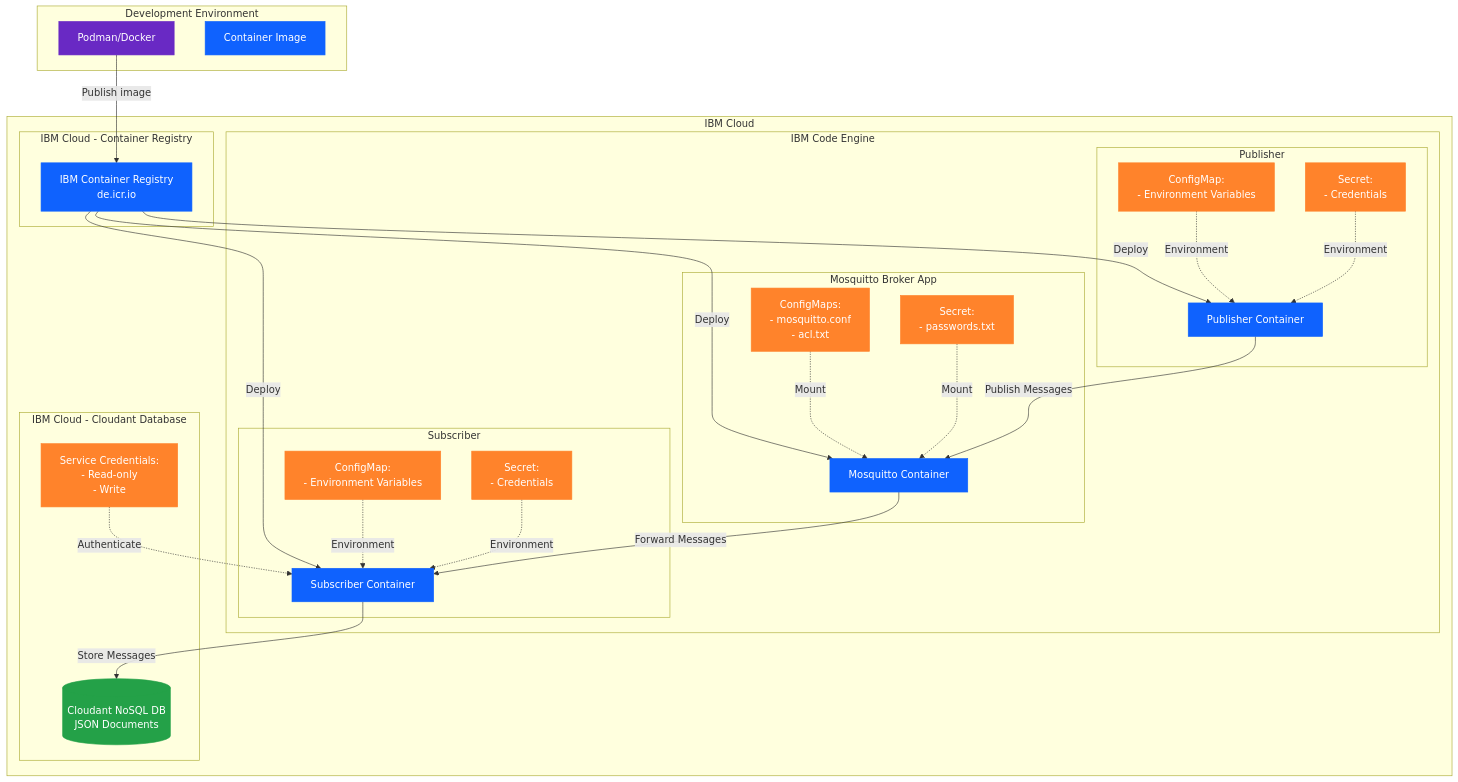
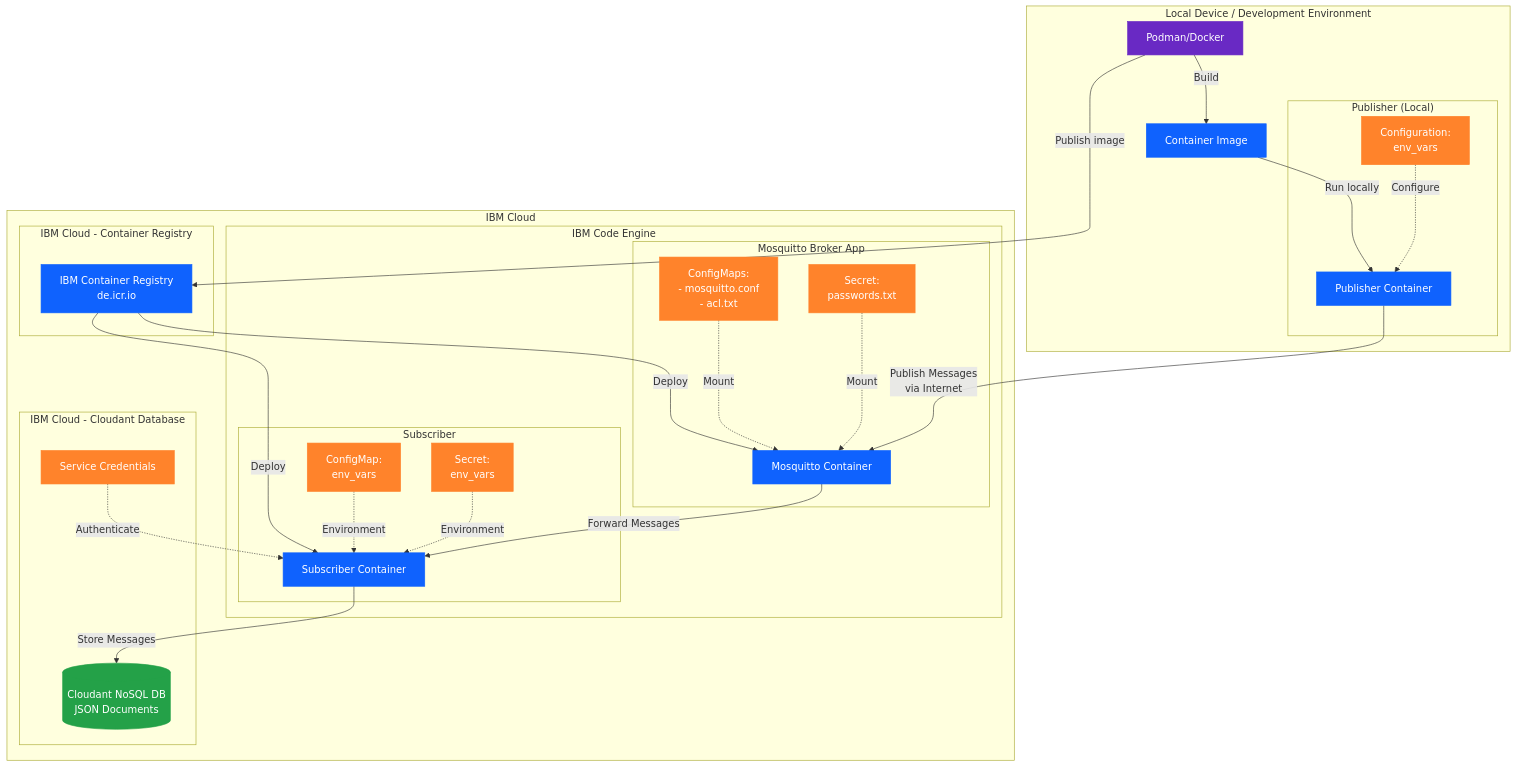
The diagram in files/architecture.mermaid (RapTho/cyberphysische-systeme), drawn with Mermaid before and after one commit. The commit also changed 1 other file, not shown here.

Commit message:
updated architecture

```diff
--- a/files/architecture.mermaid
+++ b/files/architecture.mermaid
@@ -1,76 +1,73 @@
 graph TB
-    subgraph "Development Environment"
-
+    subgraph "Local Device / Development Environment"
         Podman[Podman/Docker]
         Python[Container Image]
+        
+        subgraph "Publisher (Local)"
+            PublisherLocal[Publisher Container]
+            PublisherConfig[Configuration:<br/> env_vars ]
+        end
     end
 
     
 
     subgraph "IBM Cloud"
         subgraph "IBM Cloud - Container Registry"
             ICR[IBM Container Registry<br/>de.icr.io]
         end
         
         subgraph "IBM Code Engine"
             subgraph "Mosquitto Broker App"
                 MosquittoApp[Mosquitto Container]
                 MosquittoConfig[ConfigMaps:<br/>- mosquitto.conf<br/>- acl.txt]
-                MosquittoSecret[Secret:<br/>- passwords.txt]
+                MosquittoSecret[Secret:<br/>passwords.txt]
             end
 
             subgraph "Subscriber"
                 SubscriberJob[Subscriber Container]
-                SubscriberConfig[ConfigMap:<br/>- Environment Variables]
-                SubscriberSecret[Secret:<br/>- Credentials]
-            end
-
-            subgraph "Publisher"
-                PublisherJob[Publisher Container]
-                PublisherConfig[ConfigMap:<br/>- Environment Variables]
-                PublisherSecret[Secret:<br/>- Credentials]
+                SubscriberConfig[ConfigMap:<br/>env_vars]
+                SubscriberSecret[Secret:<br/>env_vars]
             end
         end
 
         subgraph "IBM Cloud - Cloudant Database"
             Cloudant[(Cloudant NoSQL DB<br/>JSON Documents)]
-            CloudantCreds[Service Credentials:<br/>- Read-only<br/>- Write]
+            CloudantCreds[Service Credentials]
         end
     end
 
     %% Build and Deploy Flow
-
+    Podman -->|Build| Python
+    Python -->|Run locally| PublisherLocal
     Podman -->|Publish image| ICR
     ICR -->|Deploy| MosquittoApp
     ICR -->|Deploy| SubscriberJob
-    ICR -->|Deploy| PublisherJob
 
     %% Configuration
     MosquittoConfig -.->|Mount| MosquittoApp
     MosquittoSecret -.->|Mount| MosquittoApp
     SubscriberConfig -.->|Environment| SubscriberJob
     SubscriberSecret -.->|Environment| SubscriberJob
-    PublisherConfig -.->|Environment| PublisherJob
-    PublisherSecret -.->|Environment| PublisherJob
+    PublisherConfig -.->|Configure| PublisherLocal
 
     %% MQTT Communication
-    PublisherJob -->|Publish Messages| MosquittoApp
+    PublisherLocal -->|Publish Messages<br/>via Internet| MosquittoApp
     MosquittoApp -->|Forward Messages| SubscriberJob
 
     %% Database Operations
     SubscriberJob -->|Store Messages| Cloudant
     CloudantCreds -.->|Authenticate| SubscriberJob
 
 
     %% Styling
     classDef ibmCloud fill:#0f62fe,stroke:#0f62fe,color:#fff
     classDef storage fill:#24a148,stroke:#24a148,color:#fff
     classDef app fill:#8a3ffc,stroke:#8a3ffc,color:#fff
     classDef config fill:#ff832b,stroke:#ff832b,color:#fff
     classDef local fill:#6929c4,stroke:#6929c4,color:#fff
 
-    class ICR,MosquittoApp,SubscriberJob,PublisherJob,Python ibmCloud
+    class ICR,MosquittoApp,SubscriberJob,PublisherLocal,Python ibmCloud
     class Cloudant storage
     class Bruno app
-    class MosquittoConfig,MosquittoSecret,SubscriberConfig,SubscriberSecret,PublisherConfig,PublisherSecret,CloudantCreds config
-    class Dev,Podman local
+    class MosquittoConfig,MosquittoSecret,SubscriberConfig,SubscriberSecret,PublisherConfig,CloudantCreds config
+    class Podman local
```
